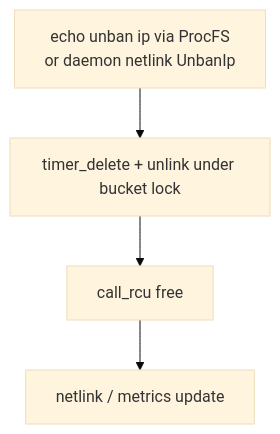
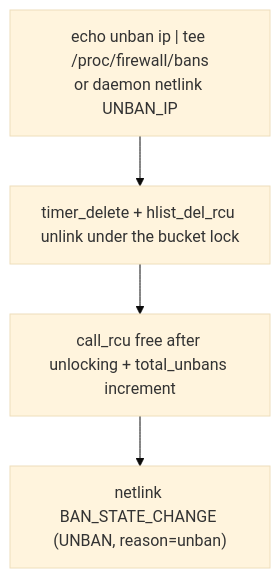
The fifth of 6 diagrams in docs/en/architecture/data-flow.md (SnowCore8/linux-firewall-kmod), drawn with Mermaid (base theme) before and after one commit. The commit also changed other lines of this file and 1 other file, not shown here.

````diff
--- a/docs/en/architecture/data-flow.md
+++ b/docs/en/architecture/data-flow.md
@@ -71,6 +215,6 @@
 ```mermaid
 graph TB
-    A["echo unban ip via ProcFS<br/>or daemon netlink UnbanIp"] --> B["timer_delete + unlink under bucket lock"]
-    B --> C["call_rcu free"]
-    C --> D["netlink / metrics update"]
+    A["echo unban ip | tee /proc/firewall/bans<br/>or daemon netlink UNBAN_IP"] --> B["timer_delete + hlist_del_rcu unlink under the bucket lock"]
+    B --> C["call_rcu free after unlocking + total_unbans increment"]
+    C --> D["netlink BAN_STATE_CHANGE (UNBAN, reason=unban)"]
 ```
````
